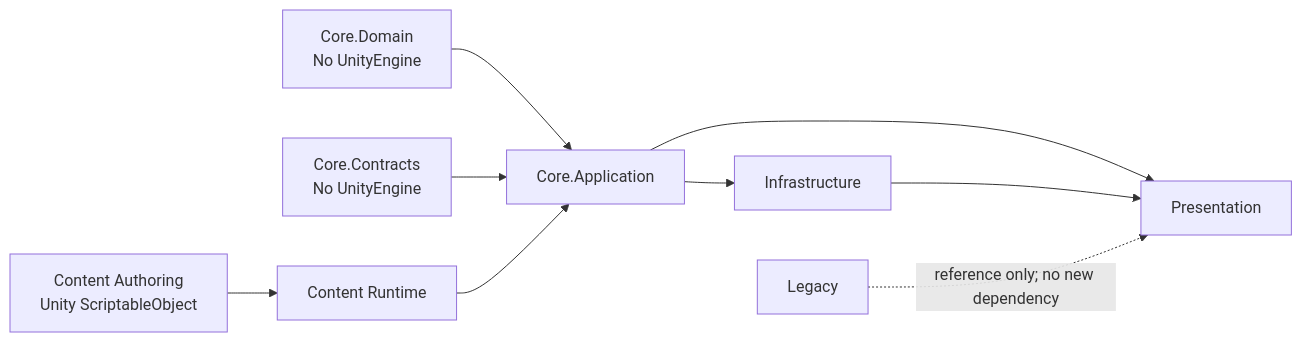
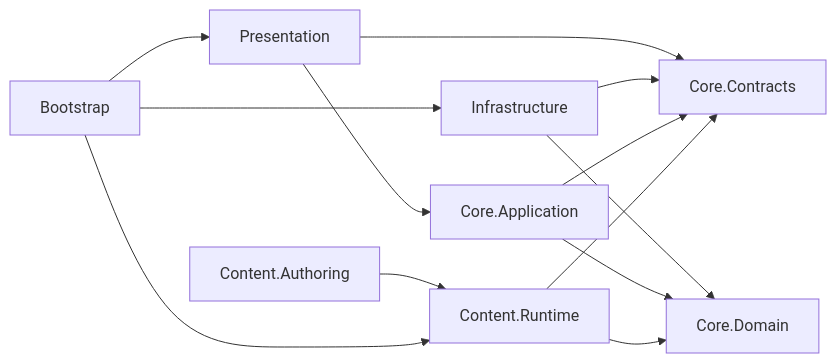
One commit to Conquer-or-Be-Condemned/unity-3d-the-developer changed the diagram in Docs/milestones-and-core-design.md. Above: the diagram before and after it, drawn with Mermaid. The commit also changed other lines of this file and 10 other files, not shown here.

First line of the commit message:
docs: align roadmap and milestone ownership

````diff
--- a/Docs/milestones-and-core-design.md
+++ b/Docs/milestones-and-core-design.md
@@ -117,12 +195,15 @@
 ```mermaid
 flowchart LR
-    D[Core.Domain<br/>No UnityEngine] --> A[Core.Application]
-    C[Core.Contracts<br/>No UnityEngine] --> A
-    A --> P[Presentation]
-    A --> I[Infrastructure]
-    CT[Content Authoring<br/>Unity ScriptableObject] --> CR[Content Runtime]
-    CR --> A
-    I --> P
-
-    L[Legacy] -. reference only; no new dependency .-> P
+    P[Presentation] --> A[Core.Application]
+    P --> C[Core.Contracts]
+    I[Infrastructure] --> C
+    I --> D[Core.Domain]
+    A --> C
+    A --> D
+    CR[Content.Runtime] --> C
+    CR --> D
+    CA[Content.Authoring] --> CR
+    B[Bootstrap] --> P
+    B --> I
+    B --> CR
 ```
````
